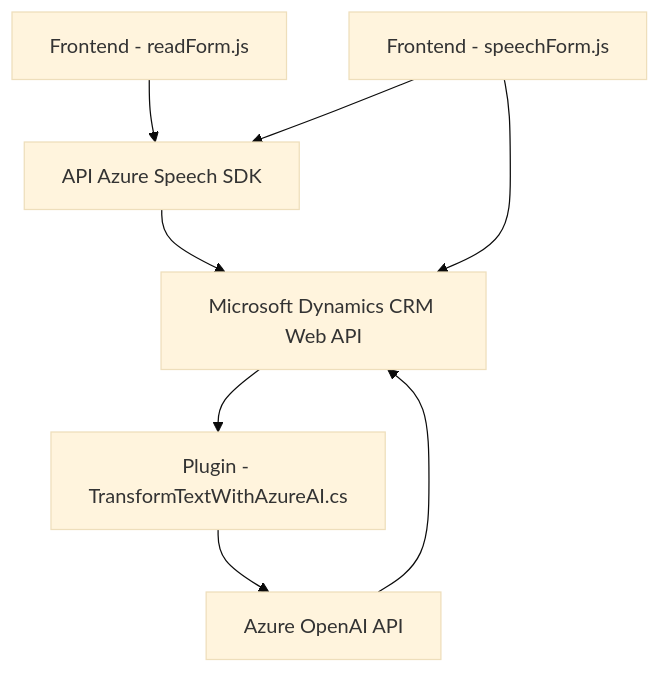
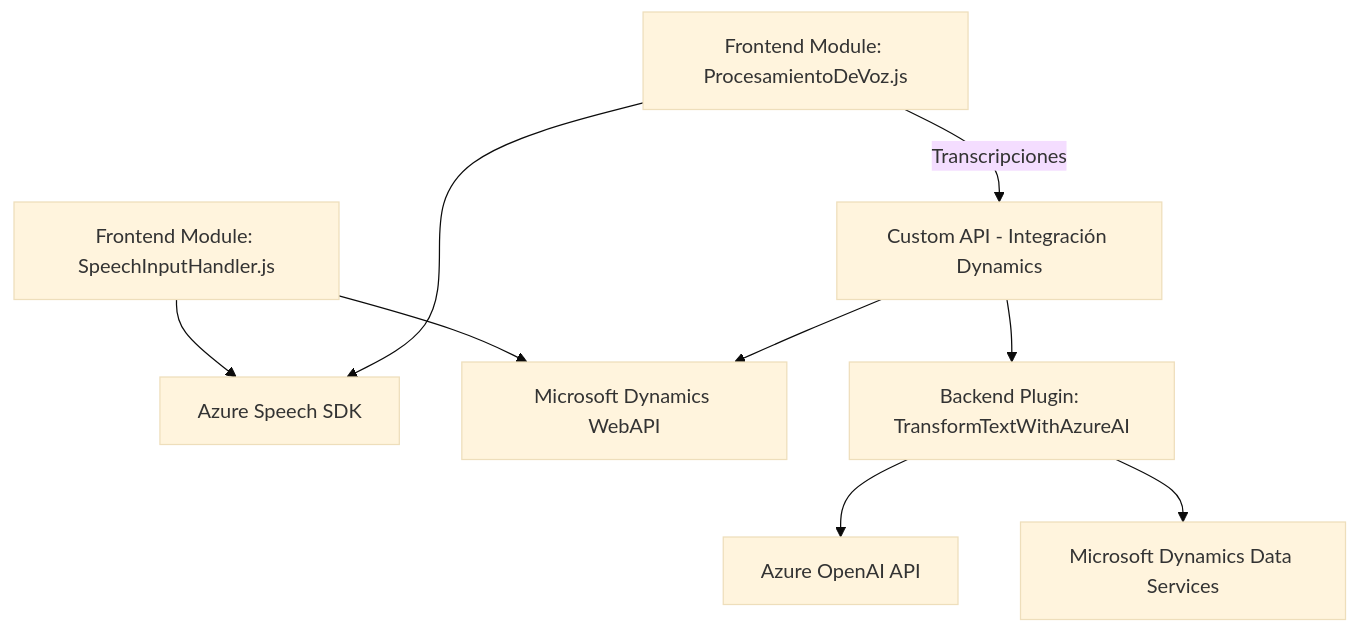
The diagram in README.md (blopezdm/NETCORE_BILBAO2025), drawn with Mermaid (base theme) before and after one commit. The commit also changed other lines of this file, not shown here.

````diff
--- a/README.md
+++ b/README.md
@@ -59,17 +30,11 @@
 ```mermaid
 graph TD
-    A["Frontend - readForm.js"]
-    B["Frontend - speechForm.js"]
-    C["Plugin - TransformTextWithAzureAI.cs"]
-    D["API Azure Speech SDK"]
-    E["Azure OpenAI API"]
-    F["Microsoft Dynamics CRM Web API"]
-
-    A --> D
-    B --> D
-    D --> F
-    B --> F
+    A["Frontend Module: SpeechInputHandler.js"] --> B["Azure Speech SDK"]
+    A --> C["Microsoft Dynamics WebAPI"]
+    D["Frontend Module: ProcesamientoDeVoz.js"] -- Transcripciones --> F["Custom API - Integración Dynamics"]
     F --> C
-    C --> E
-    E --> F
+    D --> B
+    F --> I["Backend Plugin: TransformTextWithAzureAI"]
+    I --> J["Azure OpenAI API"]
+    I --> K["Microsoft Dynamics Data Services"]
 ```
````
